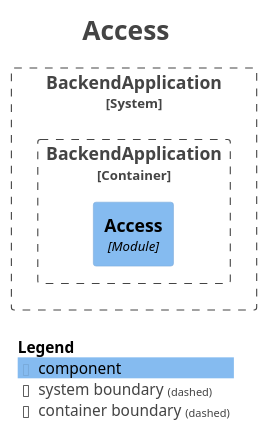
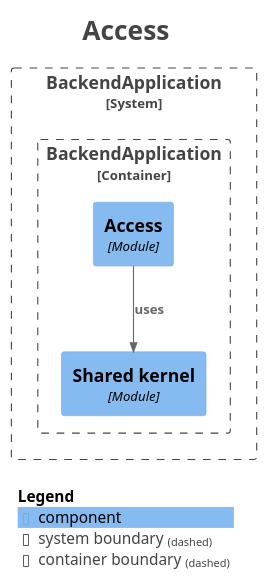
The diagram in docs/architecture/modules/module-access.puml (fxavier/restaurantePRO), drawn with PlantUML before and after one commit. The commit also changed 28 other files, not shown here.

First line of the commit message:
docs(architecture): regenerate the Modulith module docs for R3

```diff
--- a/docs/architecture/modules/module-access.puml
+++ b/docs/architecture/modules/module-access.puml
@@ -1,27 +1,30 @@
 @startuml
 title <size:24>Access</size>
 
 set separator none
 top to bottom direction
 
 <style>
   root {
     BackgroundColor: #ffffff
     FontColor: #444444
   }
 </style>
 
 !include <C4/C4>
 !include <C4/C4_Context>
 !include <C4/C4_Component>
 
 System_Boundary("BackendApplication_boundary", "BackendApplication", $tags="") {
   Container_Boundary("BackendApplication.BackendApplication_boundary", "BackendApplication", $tags="") {
+    Component(BackendApplication.BackendApplication.Sharedkernel, "Shared kernel", $techn="Module", $descr="", $tags="", $link="")
     Component(BackendApplication.BackendApplication.Access, "Access", $techn="Module", $descr="", $tags="", $link="")
   }
 
 }
 
+Rel(BackendApplication.BackendApplication.Access, BackendApplication.BackendApplication.Sharedkernel, "uses", $techn="", $tags="", $link="")
+
 SHOW_LEGEND(true)
 hide stereotypes
 @enduml
```
